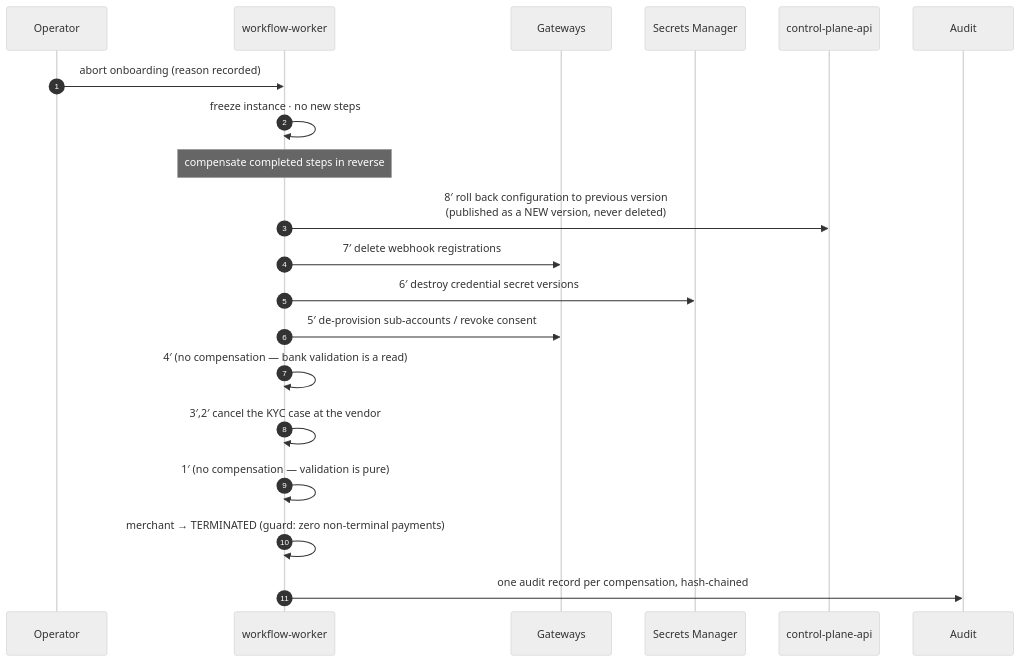
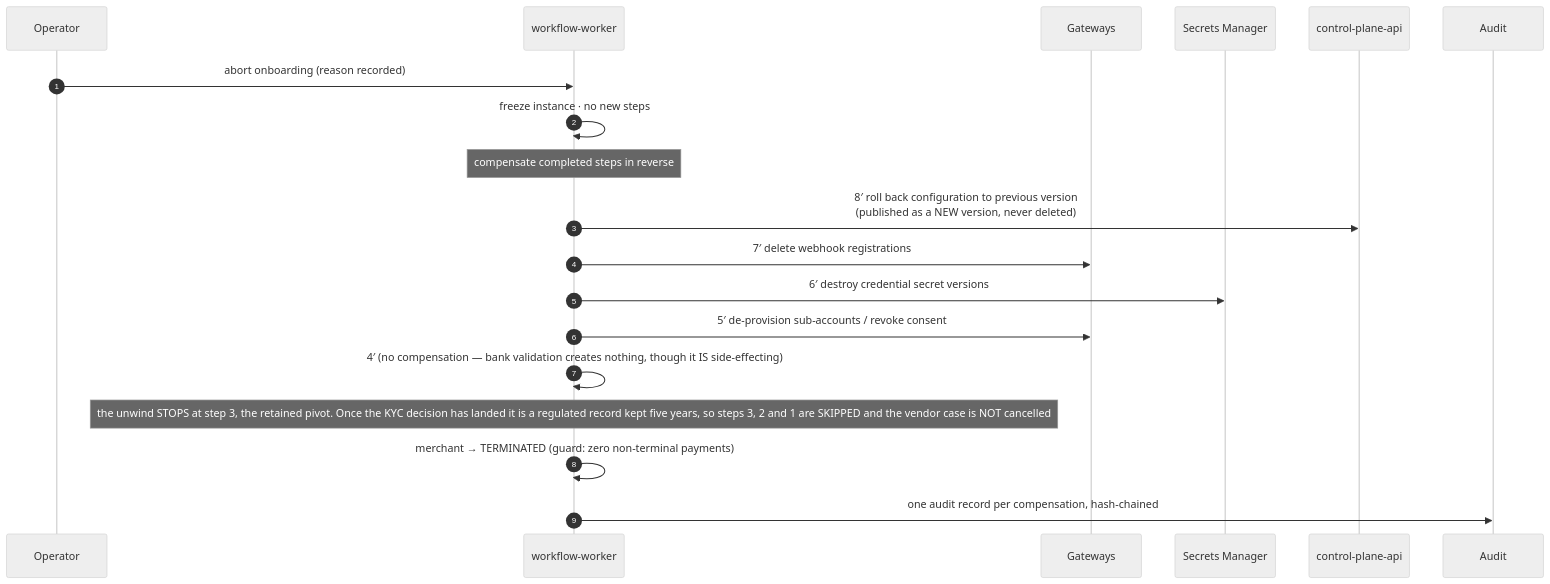
Before and after one commit to udaykishore-resu/payments-platform: the second of 4 diagrams in docs/onboarding.md, drawn with Mermaid (neutral theme). The commit also changed other lines of this file and 67 other files, not shown here.

````diff
--- a/docs/onboarding.md
+++ b/docs/onboarding.md
@@ -373,23 +377,22 @@
 ```mermaid
 sequenceDiagram
     autonumber
     participant OP as Operator
     participant WF as workflow-worker
     participant GW as Gateways
     participant SEC as Secrets Manager
     participant CFG as control-plane-api
     participant AUD as Audit
 
     OP->>WF: abort onboarding (reason recorded)
     WF->>WF: freeze instance · no new steps
     Note over WF: compensate completed steps in reverse
     WF->>CFG: 8′ roll back configuration to previous version<br/>(published as a NEW version, never deleted)
     WF->>GW: 7′ delete webhook registrations
     WF->>SEC: 6′ destroy credential secret versions
     WF->>GW: 5′ de-provision sub-accounts / revoke consent
-    WF->>WF: 4′ (no compensation — bank validation is a read)
-    WF->>WF: 3′,2′ cancel the KYC case at the vendor
-    WF->>WF: 1′ (no compensation — validation is pure)
+    WF->>WF: 4′ (no compensation — bank validation creates nothing, though it IS side-effecting)
+    Note over WF: the unwind STOPS at step 3, the retained pivot. Once the KYC decision has landed it is a regulated record kept five years, so steps 3, 2 and 1 are SKIPPED and the vendor case is NOT cancelled
     WF->>WF: merchant → TERMINATED (guard: zero non-terminal payments)
     WF->>AUD: one audit record per compensation, hash-chained
 ```
````
